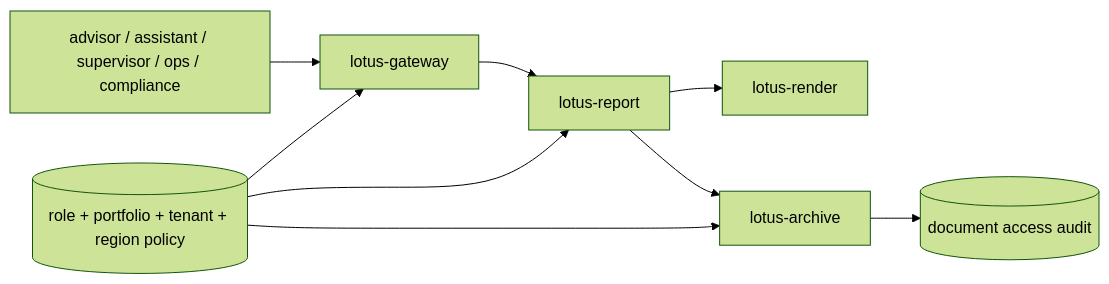
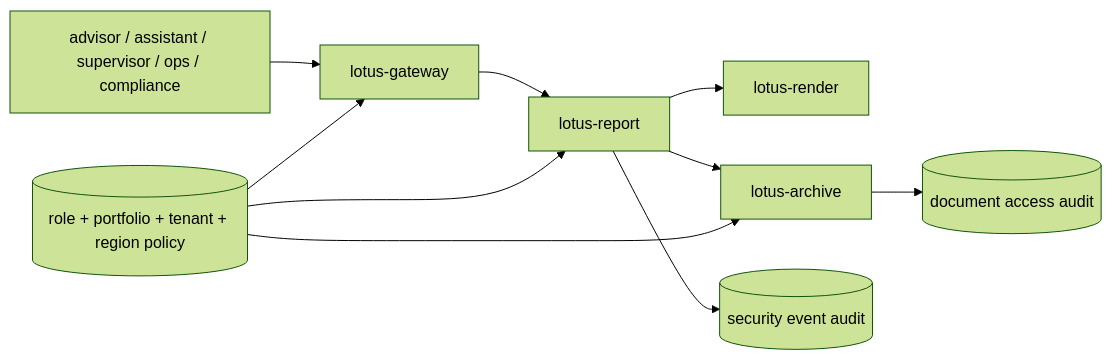
One commit to sgajbi/lotus-platform changed the diagram in rfcs/RFC-0106-reporting-security-entitlements-and-region-tenant-segregation.md. Above: the diagram before and after it, drawn with Mermaid (forest theme). The commit also changed other lines of this file and 4 other files, not shown here.

````diff
--- a/rfcs/RFC-0106-reporting-security-entitlements-and-region-tenant-segregation.md
+++ b/rfcs/RFC-0106-reporting-security-entitlements-and-region-tenant-segregation.md
@@ -58,11 +181,12 @@
 ```mermaid
 flowchart LR
     USER[advisor / assistant / supervisor / ops / compliance] --> GW[lotus-gateway]
     GW --> REPORT[lotus-report]
     REPORT --> RENDER[lotus-render]
     REPORT --> ARCHIVE[lotus-archive]
     ARCHIVE --> AUDIT[(document access audit)]
+    REPORT --> SECURITY[(security event audit)]
     POLICY[(role + portfolio + tenant + region policy)] --> GW
     POLICY --> REPORT
     POLICY --> ARCHIVE
 ```
````
